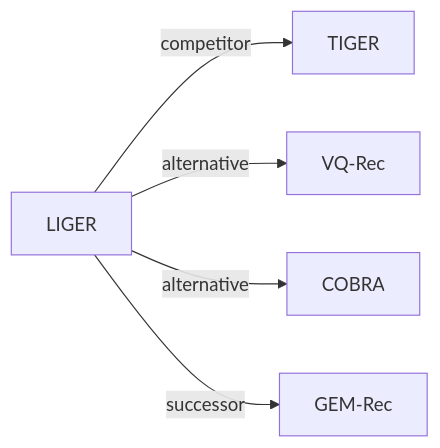
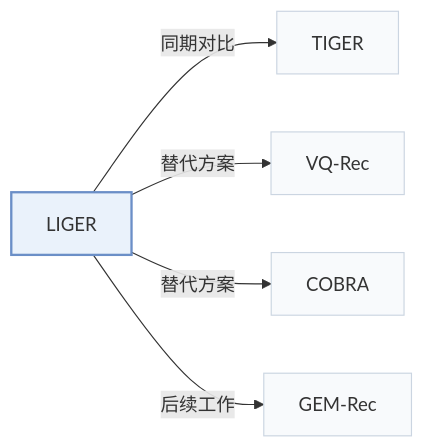
One commit to Galaxy-ghost/Awesome-SID-Generative-Rec changed the third of 3 diagrams in pages/zh/papers/liger.md. Above: the diagram before and after it, drawn with Mermaid. The commit also changed other lines of this file and 649 other files, not shown here.

Commit message:
writer-05: also tags and modality index (schema, check, build, visuals); summary field removed; calibration data for 12 papers

````diff
--- a/pages/zh/papers/liger.md
+++ b/pages/zh/papers/liger.md
@@ -122,8 +139,12 @@
 ```mermaid
 flowchart LR
     P["LIGER"]
-    P -->|competitor| A["TIGER"]
-    P -->|alternative| B["VQ-Rec"]
-    P -->|alternative| C["COBRA"]
-    P -->|successor| D["GEM-Rec"]
+    P -->|"同期对比"| A["TIGER"]
+    P -->|"替代方案"| B["VQ-Rec"]
+    P -->|"替代方案"| C["COBRA"]
+    P -->|"后续工作"| D["GEM-Rec"]
+    classDef main fill:#eaf2fb,stroke:#6b8fc7,stroke-width:2px
+    classDef peer fill:#f8fafc,stroke:#cbd5e1
+    class P main
+    class A,B,C,D peer
 ```
````
